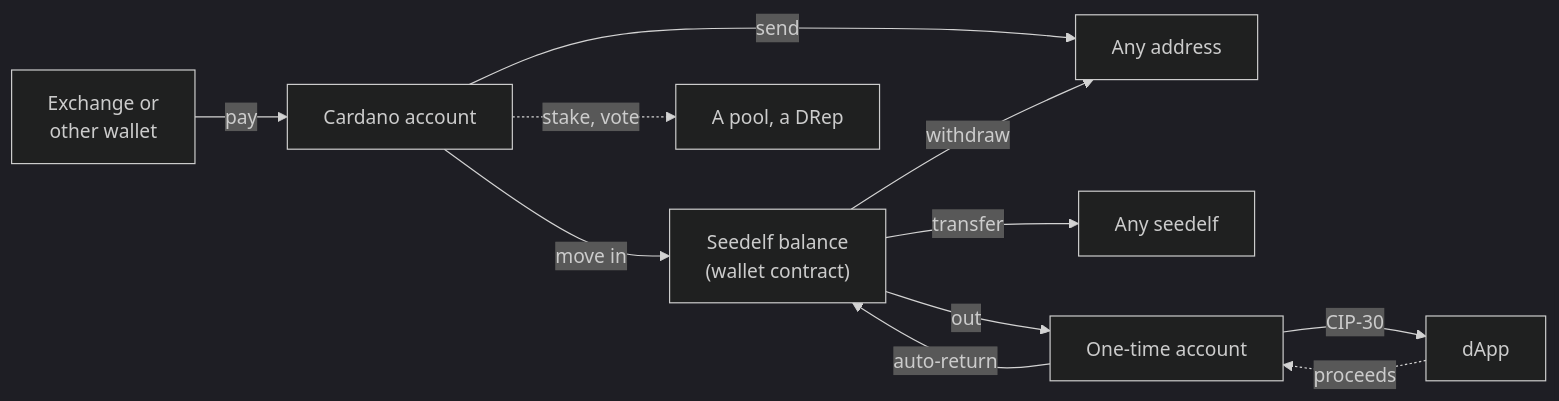
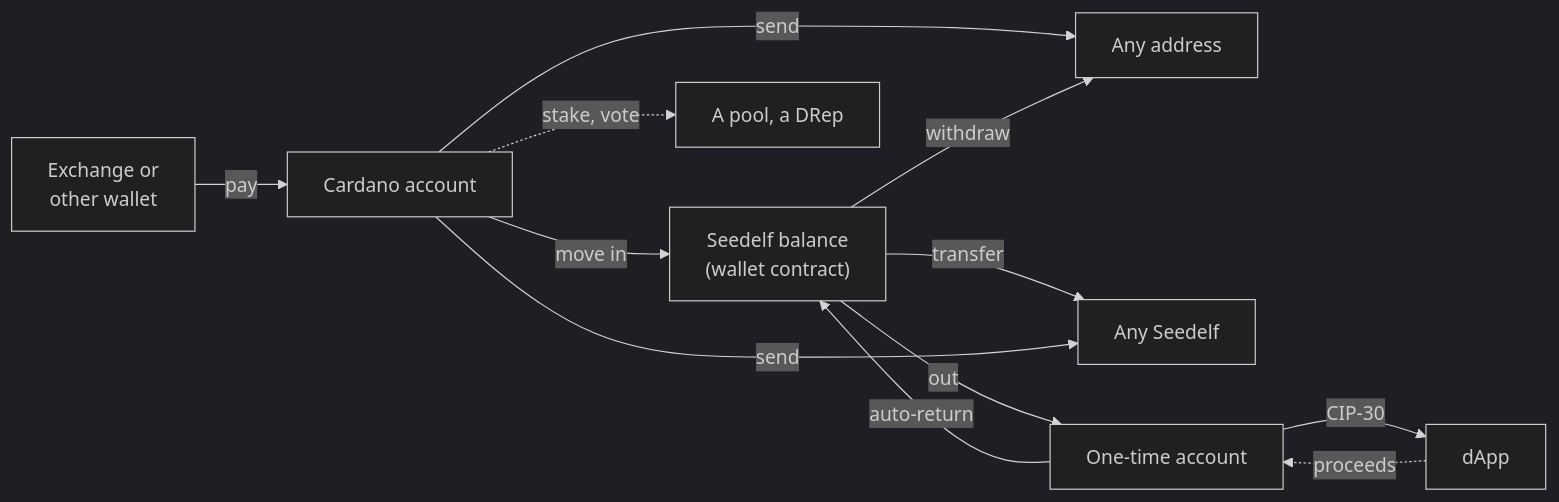
The diagram in seedelf-platform/seedelf-web-wallet/docs/flows.md (logical-mechanism/Seedelf-Wallet), drawn with Mermaid (dark theme) before and after one commit. The commit also changed other lines of this file and 88 other files, not shown here.

First line of the commit message:
Send from the Cardano account pays a Seedelf, the name is always Seedelf, and several recipients on both sides (roadmap chunk 14)

````diff
--- a/seedelf-platform/seedelf-web-wallet/docs/flows.md
+++ b/seedelf-platform/seedelf-web-wallet/docs/flows.md
@@ -5,13 +5,14 @@
 ```mermaid
 flowchart LR
   Ext["Exchange or<br/>other wallet"] -- "pay" --> Dep["Cardano account"]
   Dep -- "move in" --> S["Seedelf balance<br/>(wallet contract)"]
   Dep -- "send" --> Addr
   Dep -. "stake, vote" .-> Pool["A pool, a DRep"]
-  S -- "transfer" --> Other["Any seedelf"]
+  S -- "transfer" --> Other["Any Seedelf"]
+  Dep -- "send" --> Other
   S -- "withdraw" --> Addr["Any address"]
   S -- "out" --> OT["One-time account"]
   OT -- "CIP-30" --> D["dApp"]
   D -. "proceeds" .-> OT
   OT -- "auto-return" --> S
 ```
````
